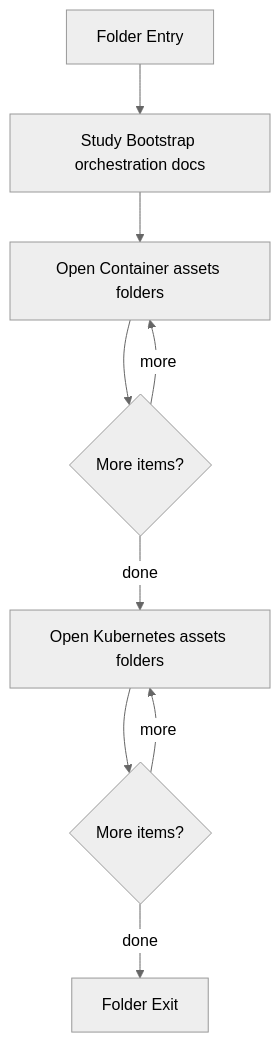
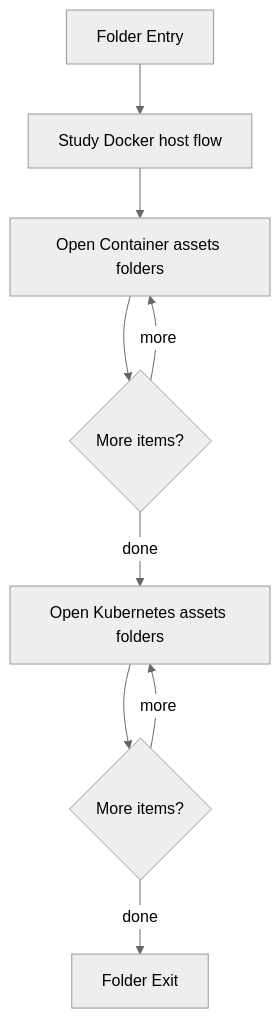
The first of 2 diagrams in docs/Codebase/Infrastructure/session-orchestration/README.md (JohnAndrewBalbarosa/NeoTerritory), drawn with Mermaid (neutral theme) before and after one commit. The commit also changed other lines of this file and 1 other file, not shown here.

Commit message:
docs: define local docker session host

````diff
--- a/docs/Codebase/Infrastructure/session-orchestration/README.md
+++ b/docs/Codebase/Infrastructure/session-orchestration/README.md
@@ -14,18 +14,18 @@
 ```mermaid
 flowchart TD
     Start["Folder Entry"]
-    N0["Study Bootstrap orchestration docs"]
+    N0["Study Docker host flow"]
     N1["Open Container assets folders"]
     L1{"More items?"}
     N2["Open Kubernetes assets folders"]
     L2{"More items?"}
     End["Folder Exit"]
     Start --> N0
     N0 --> N1
     N1 --> L1
     L1 -->|more| N1
     L1 -->|done| N2
     N2 --> L2
     L2 -->|more| N2
     L2 -->|done| End
 ```
````
